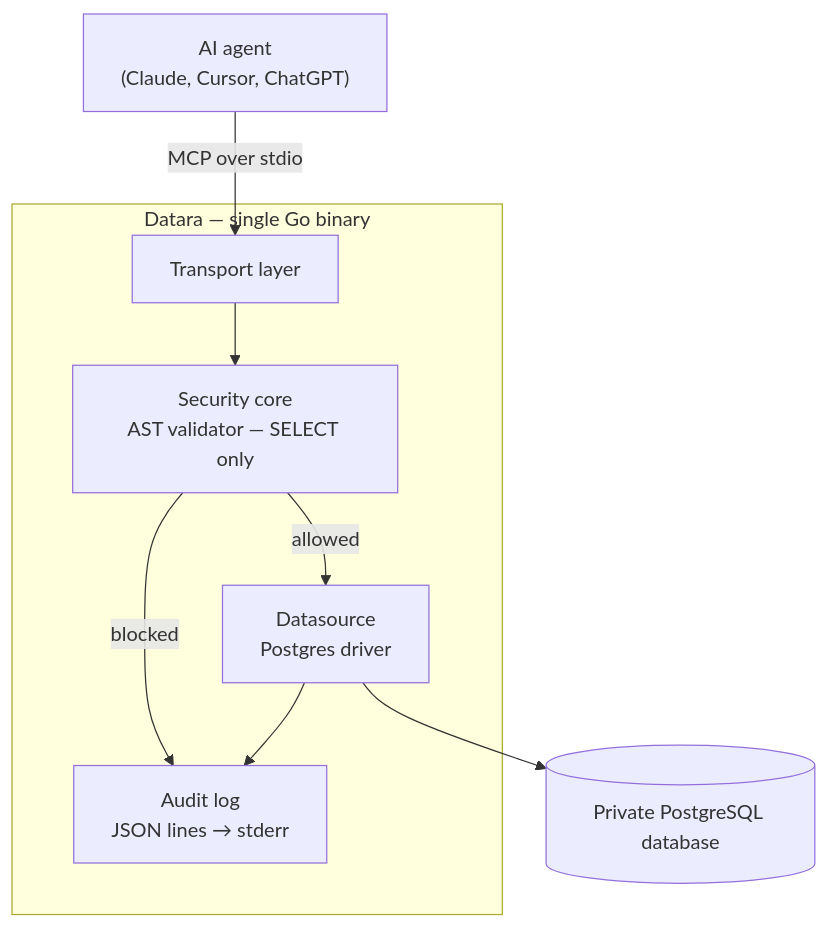
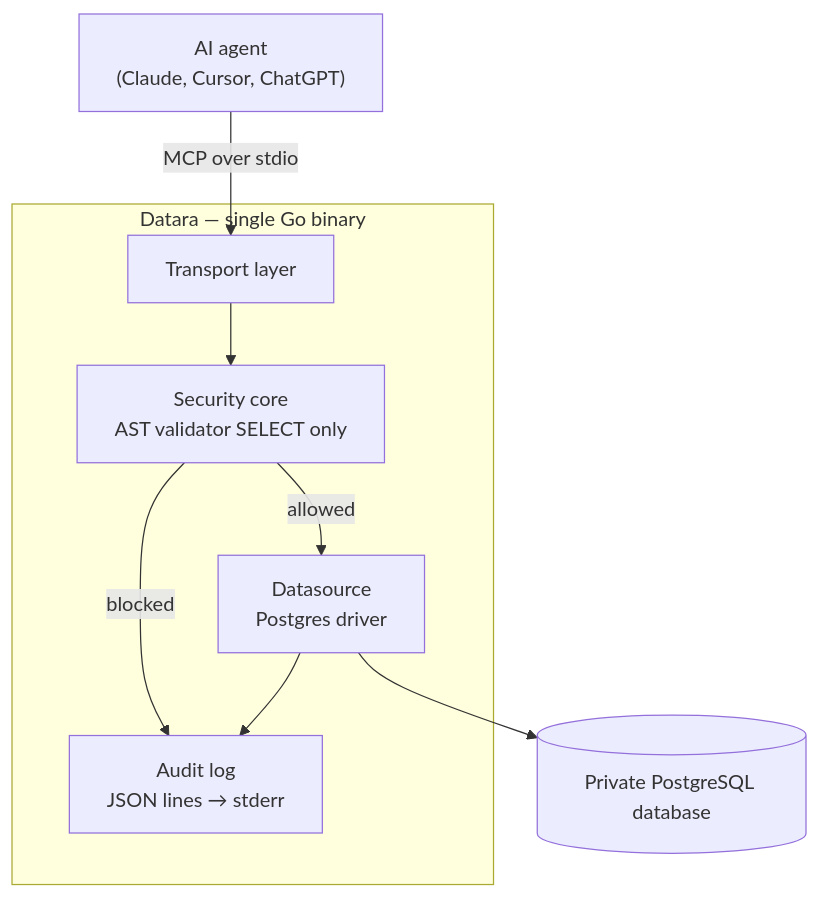
One commit to Fabien-Halaby/datara changed the diagram in README.md. Above: the diagram before and after it, drawn with Mermaid. The commit also changed other lines of this file, not shown here.

Commit message:
docs: add ROADMAP

````diff
--- a/README.md
+++ b/README.md
@@ -42,13 +42,13 @@
 ```mermaid
 flowchart TD
     A["AI agent<br/>(Claude, Cursor, ChatGPT)"] -->|MCP over stdio| B[Transport layer]
 
     subgraph Datara["Datara — single Go binary"]
-        B --> C["Security core<br/>AST validator — SELECT only"]
+        B --> C["Security core<br/>AST validator SELECT only"]
         C -->|allowed| D["Datasource<br/>Postgres driver"]
         C -->|blocked| E["Audit log<br/>JSON lines → stderr"]
         D --> E
     end
 
     D --> F[(Private PostgreSQL database)]
 ```
````
